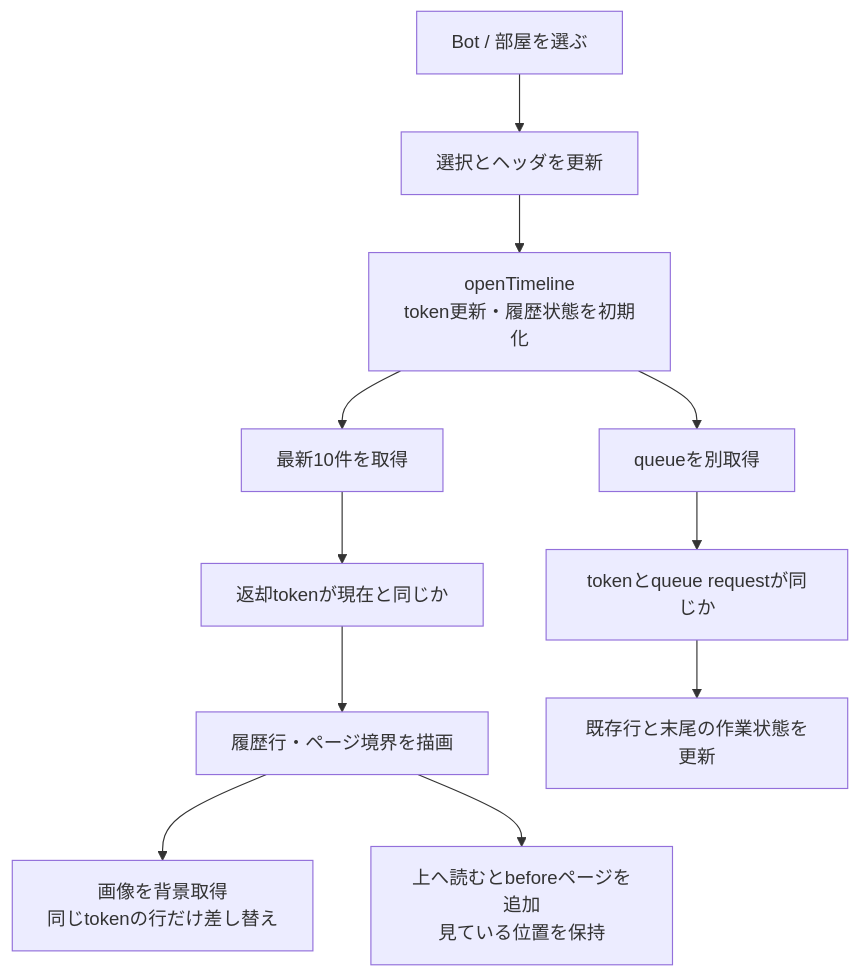
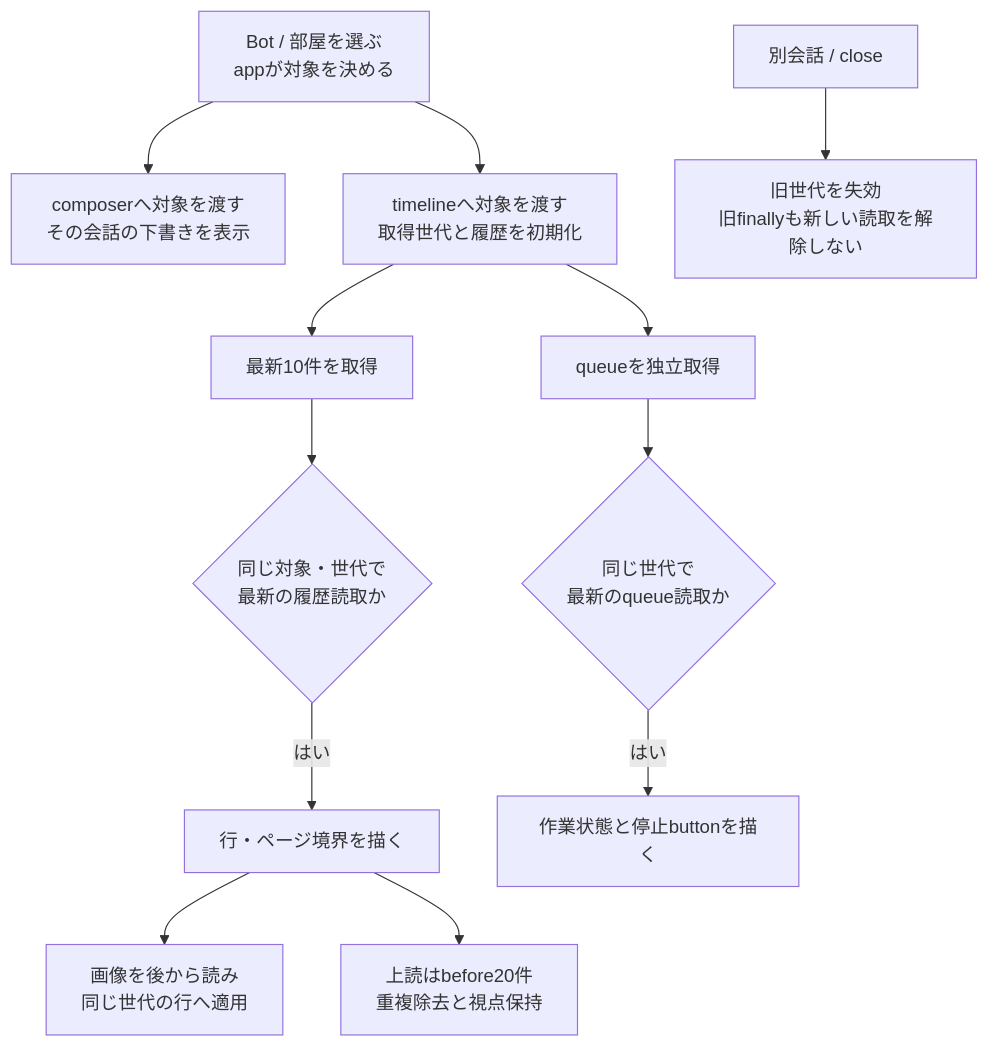
Before and after one commit to kitepon/BellTeam: the first of 3 diagrams in docs/architecture/web-details.md, drawn with Mermaid. The commit also changed other lines of this file and 18 other files, not shown here.

````diff
--- a/docs/architecture/web-details.md
+++ b/docs/architecture/web-details.md
@@ -23,13 +23,14 @@
 ```mermaid
 flowchart TD
-  Select["Bot / 部屋を選ぶ"] --> Target["選択とヘッダを更新"]
-  Target --> Open["openTimeline<br/>token更新・履歴状態を初期化"]
+  Select["Bot / 部屋を選ぶ<br/>appが対象を決める"] --> Input["composerへ対象を渡す<br/>その会話の下書きを表示"]
+  Select --> Open["timelineへ対象を渡す<br/>取得世代と履歴を初期化"]
   Open --> Page["最新10件を取得"]
-  Open --> Queue["queueを別取得"]
-  Page --> Valid["返却tokenが現在と同じか"]
-  Queue --> QValid["tokenとqueue requestが同じか"]
-  Valid --> Rows["履歴行・ページ境界を描画"]
-  QValid --> Tail["既存行と末尾の作業状態を更新"]
-  Rows --> Images["画像を背景取得<br/>同じtokenの行だけ差し替え"]
-  Rows --> Older["上へ読むとbeforeページを追加<br/>見ている位置を保持"]
+  Open --> Queue["queueを独立取得"]
+  Page --> Valid{"同じ対象・世代で<br/>最新の履歴読取か"}
+  Queue --> QValid{"同じ世代で<br/>最新のqueue読取か"}
+  Valid -->|"はい"| Rows["行・ページ境界を描く"]
+  QValid -->|"はい"| Tail["作業状態と停止buttonを描く"]
+  Rows --> Images["画像を後から読み<br/>同じ世代の行へ適用"]
+  Rows --> Older["上読はbefore20件<br/>重複除去と視点保持"]
+  Change["別会話 / close"] --> Invalidate["旧世代を失効<br/>旧finallyも新しい読取を解除しない"]
 ```
````
